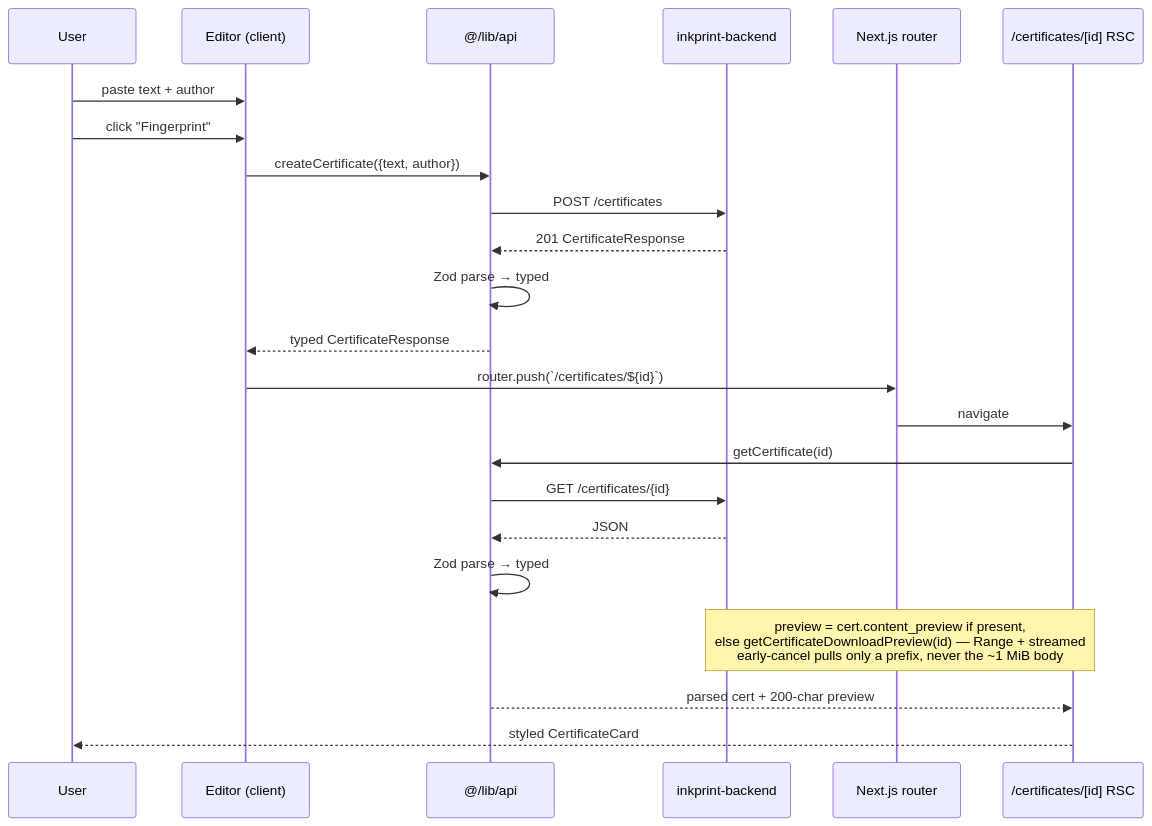
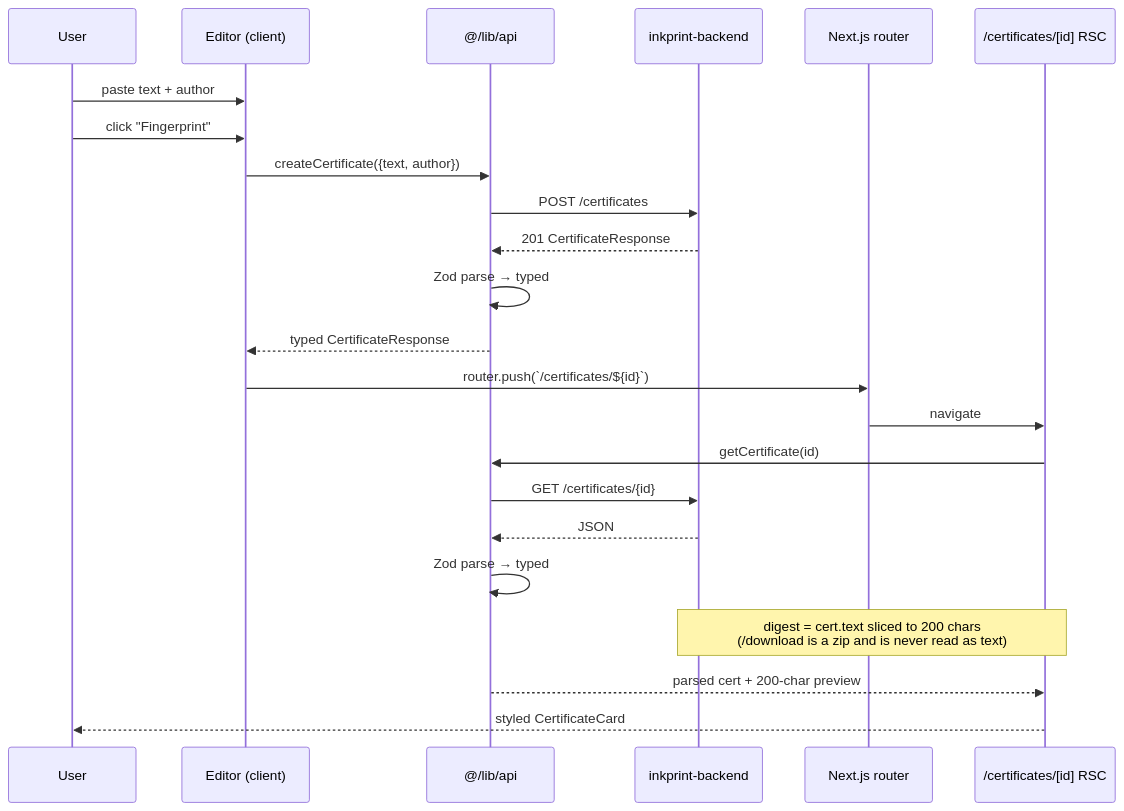
Before and after one commit to Abdul-Muizz1310/inkprint-frontend: the second of 2 diagrams in docs/ARCHITECTURE.md, drawn with Mermaid. The commit also changed other lines of this file and 11 other files, not shown here.

First line of the commit message:
fix(certificates): show the certificate's text, not the zip's bytes

````diff
--- a/docs/ARCHITECTURE.md
+++ b/docs/ARCHITECTURE.md
@@ -76,26 +76,26 @@
 ```mermaid
 sequenceDiagram
   participant U as User
   participant E as Editor (client)
   participant API as @/lib/api
   participant BE as inkprint-backend
   participant R as Next.js router
   participant RSC as /certificates/[id] RSC
 
   U->>E: paste text + author
   U->>E: click "Fingerprint"
   E->>API: createCertificate({text, author})
   API->>BE: POST /certificates
   BE-->>API: 201 CertificateResponse
   API->>API: Zod parse → typed
   API-->>E: typed CertificateResponse
   E->>R: router.push(`/certificates/${id}`)
   R->>RSC: navigate
   RSC->>API: getCertificate(id)
   API->>BE: GET /certificates/{id}
   BE-->>API: JSON
   API->>API: Zod parse → typed
-  Note over RSC,BE: preview = cert.content_preview if present,<br/>else getCertificateDownloadPreview(id) — Range + streamed<br/>early-cancel pulls only a prefix, never the ~1 MiB body
+  Note over RSC,BE: digest = cert.text sliced to 200 chars<br/>(/download is a zip and is never read as text)
   API-->>RSC: parsed cert + 200-char preview
   RSC-->>U: styled CertificateCard
 ```
````
